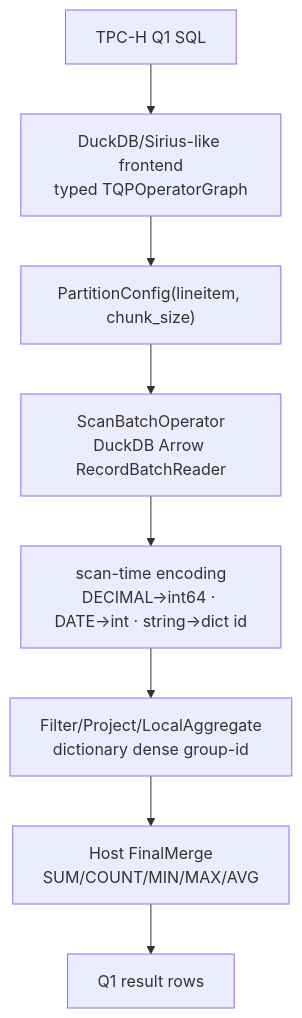
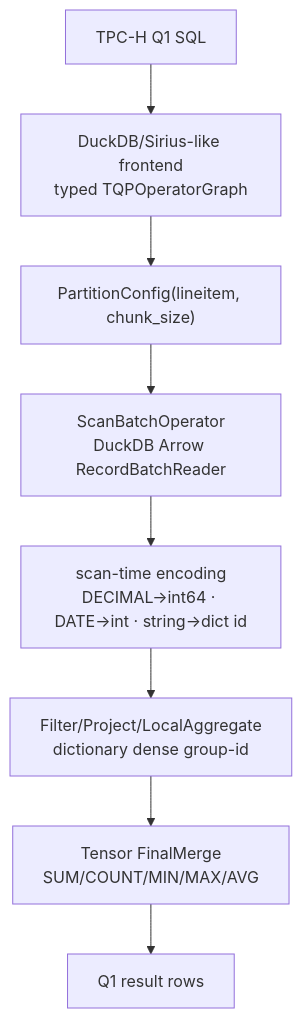
One commit to liuweibupt/torch-query-gpu changed the third of 3 diagrams in README.md. Above: the diagram before and after it, drawn with Mermaid. The commit also changed other lines of this file and 9 other files, not shown here.

````diff
--- a/README.md
+++ b/README.md
@@ -120,10 +120,10 @@
 ```mermaid
 flowchart TD
     Q1SQL2["TPC-H Q1 SQL"] --> Graph2["DuckDB/Sirius-like frontend<br/>typed TQPOperatorGraph"]
     Graph2 --> Part["PartitionConfig(lineitem, chunk_size)"]
     Part --> Stream["ScanBatchOperator<br/>DuckDB Arrow RecordBatchReader"]
     Stream --> Encode["scan-time encoding<br/>DECIMAL→int64 · DATE→int · string→dict id"]
     Encode --> Local["Filter/Project/LocalAggregate<br/>dictionary dense group-id"]
-    Local --> Merge["Host FinalMerge<br/>SUM/COUNT/MIN/MAX/AVG"]
+    Local --> Merge["Tensor FinalMerge<br/>SUM/COUNT/MIN/MAX/AVG"]
     Merge --> Rows2["Q1 result rows"]
 ```
````
